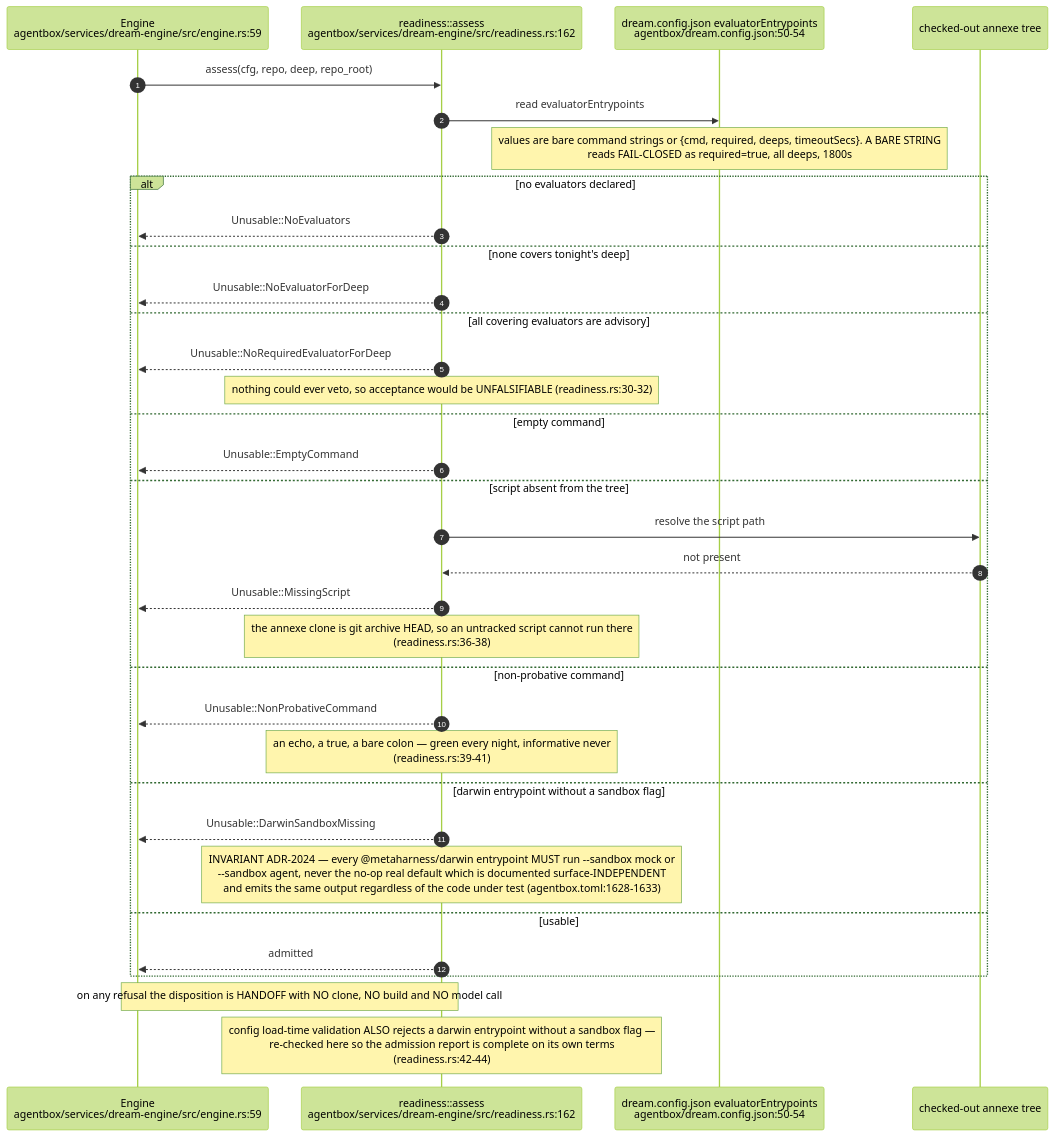
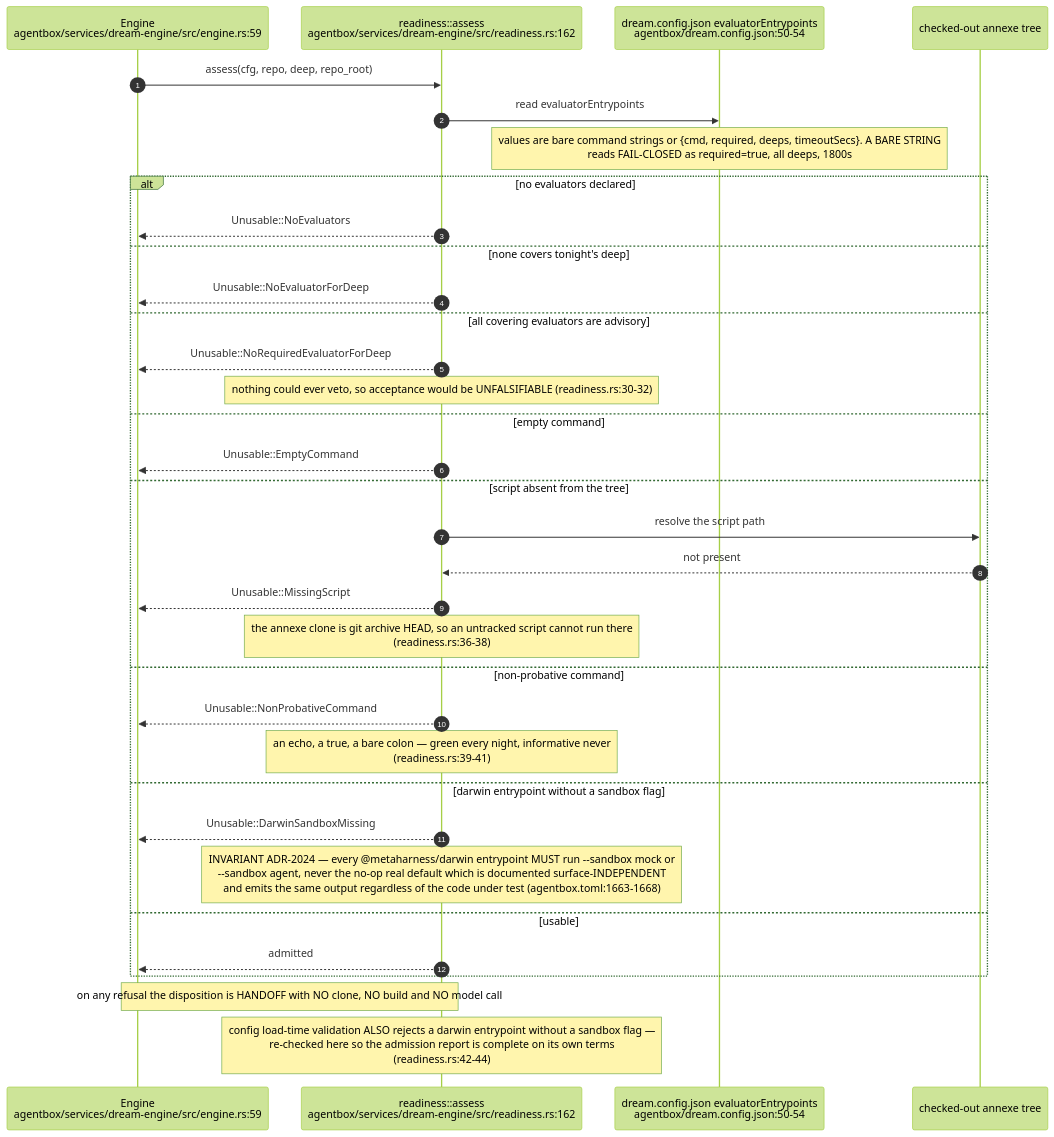
The third of 10 diagrams in docs/diagrams/agentbox/23-dream-engine.md (DreamLab-AI/AR-AI-Knowledge-Graph), drawn with Mermaid (forest theme) before and after one commit. The commit also changed other lines of this file and 73 other files, not shown here.

First line of the commit message:
docs(diagrams): re-verify all 71 topic files against HEAD; add --cite-check

````diff
--- a/docs/diagrams/agentbox/23-dream-engine.md
+++ b/docs/diagrams/agentbox/23-dream-engine.md
@@ -141,37 +141,37 @@
 ```mermaid
 sequenceDiagram
     autonumber
     participant ENG as Engine<br/>agentbox/services/dream-engine/src/engine.rs:59
     participant RDY as readiness::assess<br/>agentbox/services/dream-engine/src/readiness.rs:162
     participant CFG as dream.config.json evaluatorEntrypoints<br/>agentbox/dream.config.json:50-54
     participant TREE as checked-out annexe tree
 
     ENG->>RDY: assess(cfg, repo, deep, repo_root)
     RDY->>CFG: read evaluatorEntrypoints
     Note over CFG: values are bare command strings or {cmd, required, deeps, timeoutSecs}. A BARE STRING<br/>reads FAIL-CLOSED as required=true, all deeps, 1800s
     alt no evaluators declared
         RDY-->>ENG: Unusable::NoEvaluators
     else none covers tonight's deep
         RDY-->>ENG: Unusable::NoEvaluatorForDeep
     else all covering evaluators are advisory
         RDY-->>ENG: Unusable::NoRequiredEvaluatorForDeep
         Note over RDY: nothing could ever veto, so acceptance would be UNFALSIFIABLE (readiness.rs:30-32)
     else empty command
         RDY-->>ENG: Unusable::EmptyCommand
     else script absent from the tree
         RDY->>TREE: resolve the script path
         TREE-->>RDY: not present
         RDY-->>ENG: Unusable::MissingScript
         Note over RDY: the annexe clone is git archive HEAD, so an untracked script cannot run there<br/>(readiness.rs:36-38)
     else non-probative command
         RDY-->>ENG: Unusable::NonProbativeCommand
         Note over RDY: an echo, a true, a bare colon — green every night, informative never<br/>(readiness.rs:39-41)
     else darwin entrypoint without a sandbox flag
         RDY-->>ENG: Unusable::DarwinSandboxMissing
-        Note over RDY: INVARIANT ADR-2024 — every @metaharness/darwin entrypoint MUST run --sandbox mock or<br/>--sandbox agent, never the no-op real default which is documented surface-INDEPENDENT<br/>and emits the same output regardless of the code under test (agentbox.toml:1628-1633)
+        Note over RDY: INVARIANT ADR-2024 — every @metaharness/darwin entrypoint MUST run --sandbox mock or<br/>--sandbox agent, never the no-op real default which is documented surface-INDEPENDENT<br/>and emits the same output regardless of the code under test (agentbox.toml:1663-1668)
     else usable
         RDY-->>ENG: admitted
     end
     Note over ENG,RDY: on any refusal the disposition is HANDOFF with NO clone, NO build and NO model call
     Note over RDY: config load-time validation ALSO rejects a darwin entrypoint without a sandbox flag —<br/>re-checked here so the admission report is complete on its own terms<br/>(readiness.rs:42-44)
 ```
````
